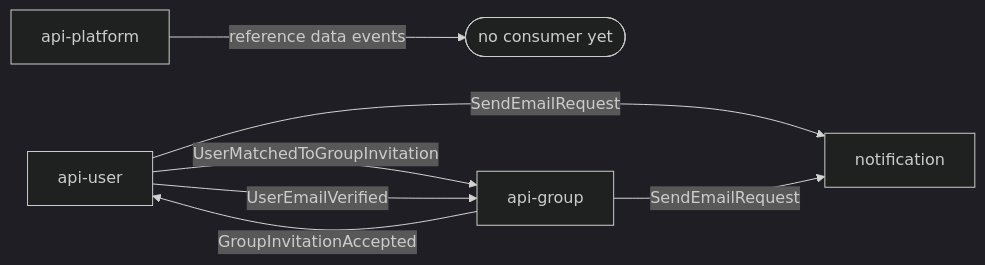
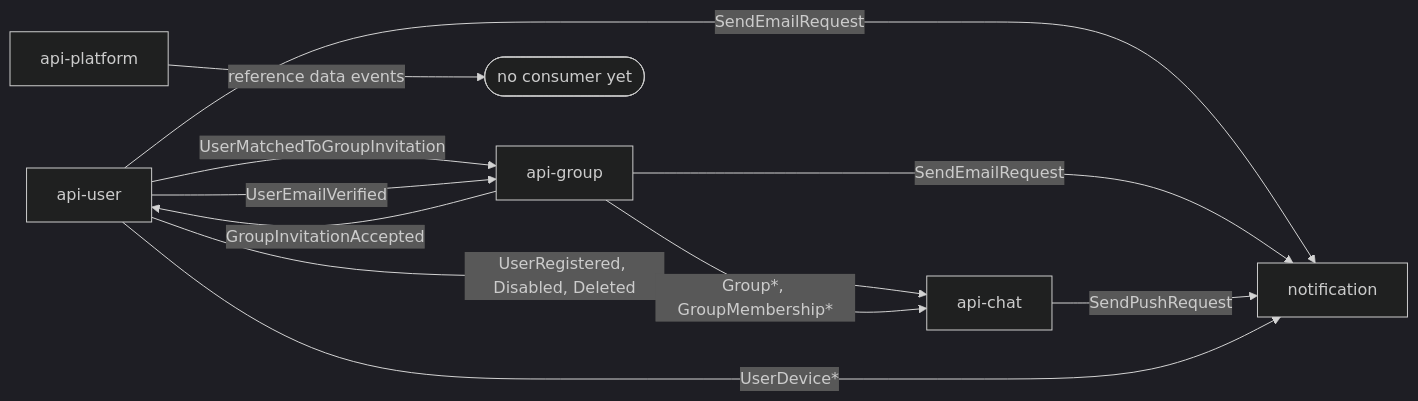
One commit to dragos-galeteanu/trip-huddle-backend changed the second of 2 diagrams in amqp/docs/README.md. Above: the diagram before and after it, drawn with Mermaid (dark theme). The commit also changed other lines of this file and 5 other files, not shown here.

Commit message:
Update docs after adding push notifications, websockets and `api-chat`

````diff
--- a/amqp/docs/README.md
+++ b/amqp/docs/README.md
@@ -47,9 +51,13 @@
 ```mermaid
 flowchart LR
     U[api-user] -- SendEmailRequest --> N[notification]
     G[api-group] -- SendEmailRequest --> N
     G -- GroupInvitationAccepted --> U
     U -- UserMatchedToGroupInvitation --> G
     U -- UserEmailVerified --> G
+    U -- "UserRegistered, Disabled, Deleted" --> CH[api-chat]
+    G -- "Group*, GroupMembership*" --> CH
+    CH -- SendPushRequest --> N
+    U -- "UserDevice*" --> N
     PL[api-platform] -- reference data events --> X([no consumer yet])
 ```
````
